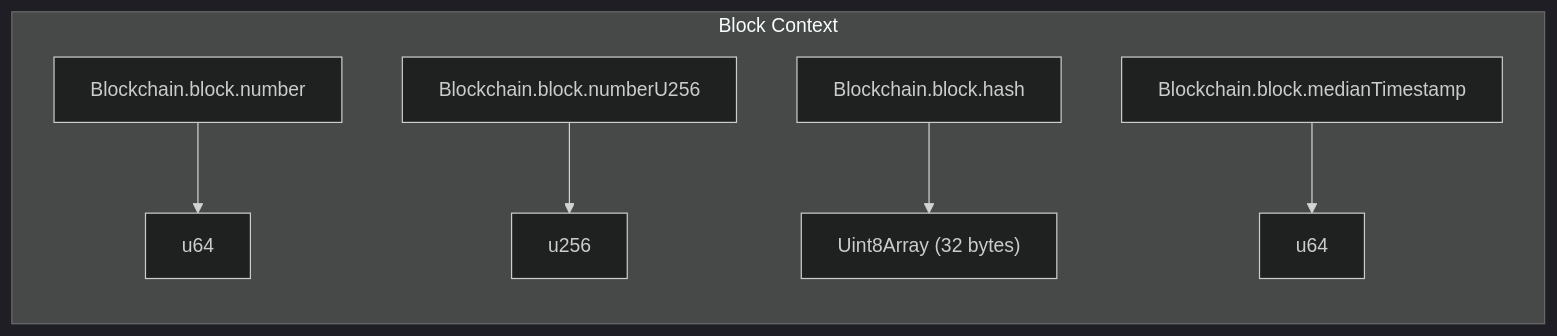
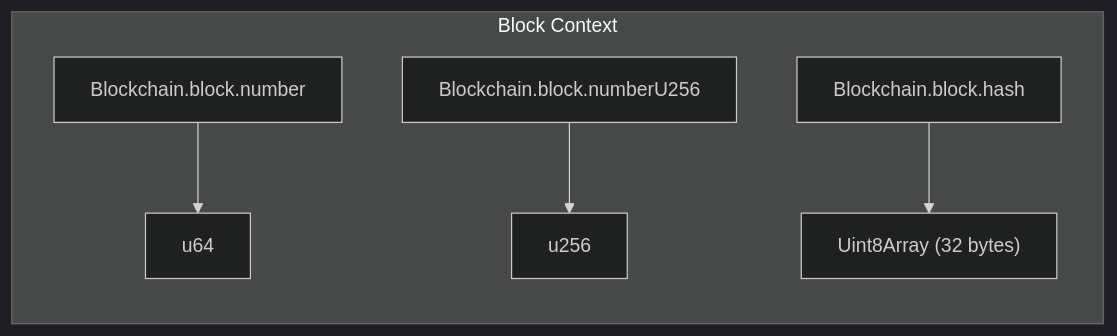
One commit to btc-vision/opnet-skills changed the first of 7 diagrams in docs/contracts-btc-runtime-core-concepts-blockchain-environment.md. Above: the diagram before and after it, drawn with Mermaid. The commit also changed other lines of this file and 428 other files, not shown here.

````diff
--- a/docs/contracts-btc-runtime-core-concepts-blockchain-environment.md
+++ b/docs/contracts-btc-runtime-core-concepts-blockchain-environment.md
@@ -42,13 +42,12 @@
 ```mermaid
 ---
 config:
   theme: dark
 ---
 flowchart LR
     subgraph Block["Block Context"]
         B1["Blockchain.block.number"] --> V1["u64"]
         B2["Blockchain.block.numberU256"] --> V2["u256"]
         B3["Blockchain.block.hash"] --> V3["Uint8Array (32 bytes)"]
-        B4["Blockchain.block.medianTimestamp"] --> V4["u64"]
     end
 ```
````
